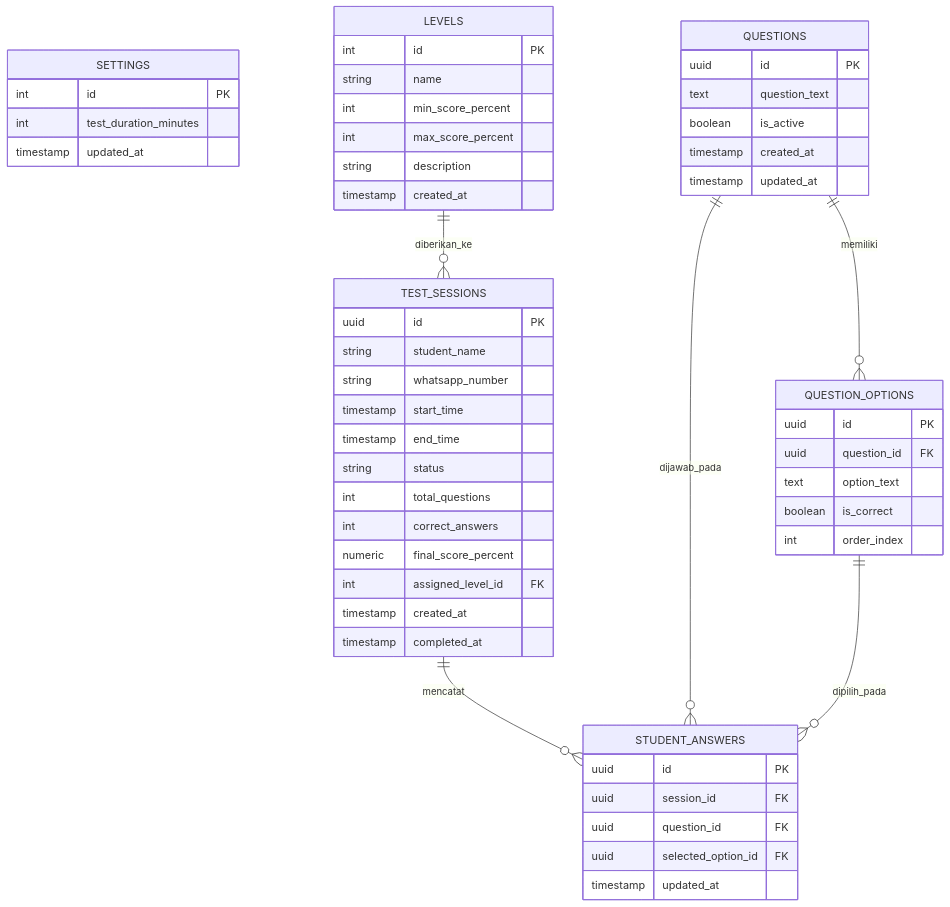
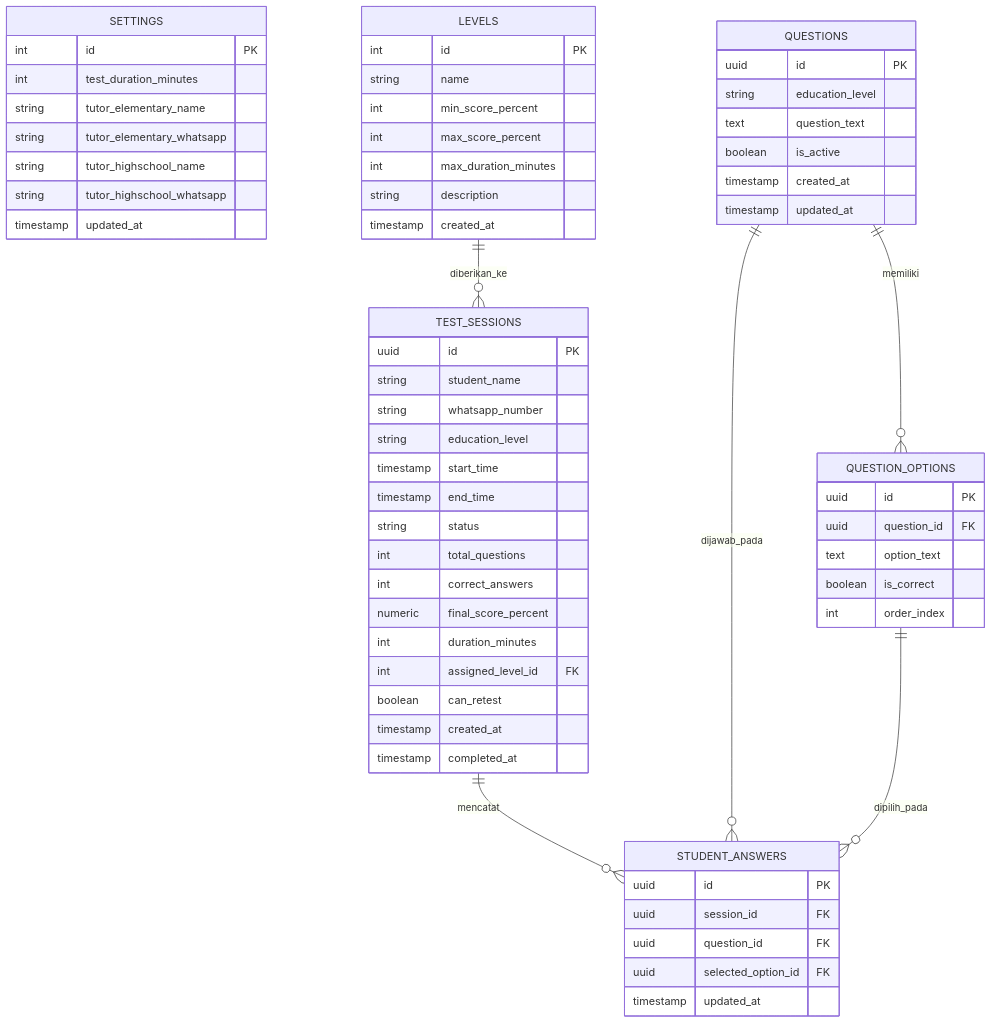
The second of 2 diagrams in PRD.md (septianof/up-speaking), drawn with Mermaid before and after one commit. The commit also changed other lines of this file and 3 other files, not shown here.

Commit message:
docs(specs): perbarui prd, ui-flow, task-breakdown, dan product.md untuk kebutuhan jenjang dan matrix level

````diff
--- a/PRD.md
+++ b/PRD.md
@@ -144,62 +177,71 @@
 ```mermaid
 erDiagram
     SETTINGS {
         int id PK
         int test_duration_minutes
+        string tutor_elementary_name
+        string tutor_elementary_whatsapp
+        string tutor_highschool_name
+        string tutor_highschool_whatsapp
         timestamp updated_at
     }
 
     LEVELS {
         int id PK
         string name
         int min_score_percent
         int max_score_percent
+        int max_duration_minutes
         string description
         timestamp created_at
     }
 
     QUESTIONS {
         uuid id PK
+        string education_level
         text question_text
         boolean is_active
         timestamp created_at
         timestamp updated_at
     }
 
     QUESTION_OPTIONS {
         uuid id PK
         uuid question_id FK
         text option_text
         boolean is_correct
         int order_index
     }
 
     TEST_SESSIONS {
         uuid id PK
         string student_name
         string whatsapp_number
+        string education_level
         timestamp start_time
         timestamp end_time
         string status
         int total_questions
         int correct_answers
         numeric final_score_percent
+        int duration_minutes
         int assigned_level_id FK
+        boolean can_retest
         timestamp created_at
         timestamp completed_at
     }
 
     STUDENT_ANSWERS {
         uuid id PK
         uuid session_id FK
         uuid question_id FK
         uuid selected_option_id FK
         timestamp updated_at
     }
 
     QUESTIONS ||--o{ QUESTION_OPTIONS : "memiliki"
     TEST_SESSIONS ||--o{ STUDENT_ANSWERS : "mencatat"
     QUESTIONS ||--o{ STUDENT_ANSWERS : "dijawab_pada"
     QUESTION_OPTIONS ||--o{ STUDENT_ANSWERS : "dipilih_pada"
     LEVELS ||--o{ TEST_SESSIONS : "diberikan_ke"
 ```
````
